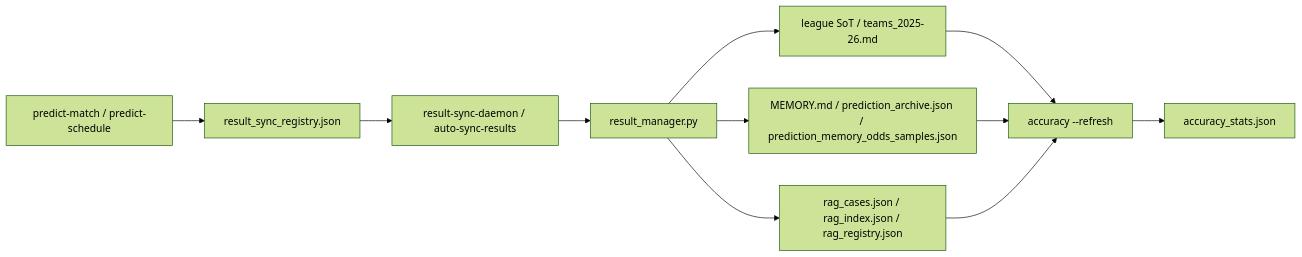
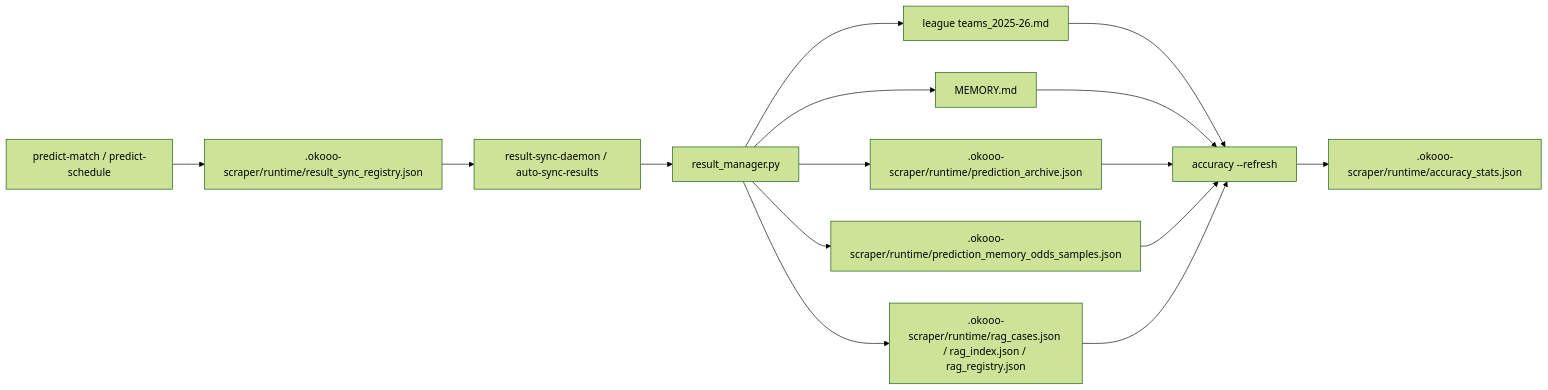
Before and after one commit to LorenJun/trae_projects: the third of 5 diagrams in docs/architecture/europe_leagues_architecture.md, drawn with Mermaid (forest theme). The commit also changed other lines of this file and 8 other files, not shown here.

````diff
--- a/docs/architecture/europe_leagues_architecture.md
+++ b/docs/architecture/europe_leagues_architecture.md
@@ -240,13 +338,17 @@
 ```mermaid
 flowchart LR
-  A[predict-match / predict-schedule] --> R[result_sync_registry.json]
+  A[predict-match / predict-schedule] --> R[.okooo-scraper/runtime/result_sync_registry.json]
   R --> T[result-sync-daemon / auto-sync-results]
   T --> B[result_manager.py]
-  B --> C[league SoT / teams_2025-26.md]
-  B --> M[MEMORY.md / prediction_archive.json / prediction_memory_odds_samples.json]
-  B --> G[rag_cases.json / rag_index.json / rag_registry.json]
+  B --> C[league teams_2025-26.md]
+  B --> M[MEMORY.md]
+  B --> P[.okooo-scraper/runtime/prediction_archive.json]
+  B --> S[.okooo-scraper/runtime/prediction_memory_odds_samples.json]
+  B --> G[.okooo-scraper/runtime/rag_cases.json / rag_index.json / rag_registry.json]
   C --> D[accuracy --refresh]
   M --> D
+  P --> D
+  S --> D
   G --> D
-  D --> E[accuracy_stats.json]
+  D --> E[.okooo-scraper/runtime/accuracy_stats.json]
 ```
````
